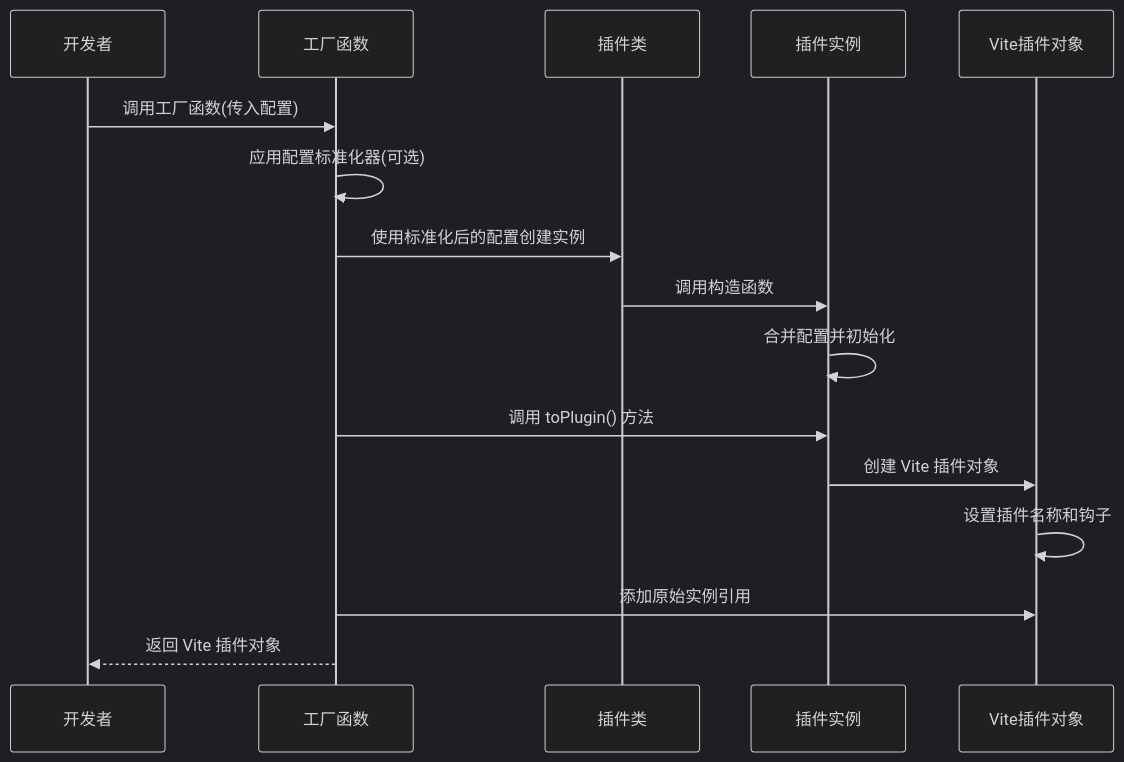
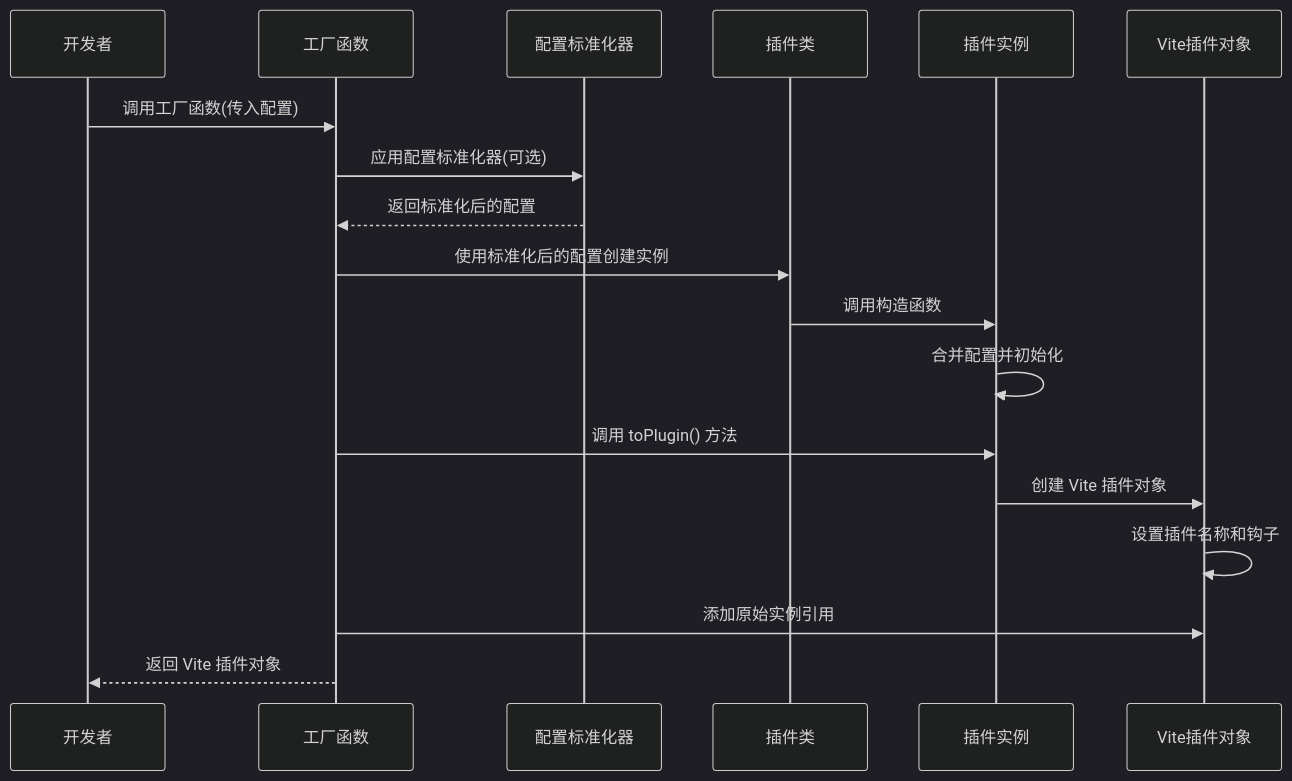
The second of 6 diagrams in .qoder/repowiki/zh/content/插件开发/插件工厂系统.md (MengXi-Studio/vite-plugin), drawn with Mermaid (dark theme) before and after one commit. The commit also changed other lines of this file and 5 other files, not shown here.

````diff
--- a/.qoder/repowiki/zh/content/插件开发/插件工厂系统.md
+++ b/.qoder/repowiki/zh/content/插件开发/插件工厂系统.md
@@ -91,18 +101,20 @@
 ```mermaid
 sequenceDiagram
 participant User as 开发者
 participant Factory as 工厂函数
+participant Normalizer as 配置标准化器
 participant PluginClass as 插件类
 participant Instance as 插件实例
 participant VitePlugin as Vite插件对象
 User->>Factory : 调用工厂函数(传入配置)
-Factory->>Factory : 应用配置标准化器(可选)
+Factory->>Normalizer : 应用配置标准化器(可选)
+Normalizer-->>Factory : 返回标准化后的配置
 Factory->>PluginClass : 使用标准化后的配置创建实例
 PluginClass->>Instance : 调用构造函数
 Instance->>Instance : 合并配置并初始化
 Factory->>Instance : 调用 toPlugin() 方法
 Instance->>VitePlugin : 创建 Vite 插件对象
 VitePlugin->>VitePlugin : 设置插件名称和钩子
 Factory->>VitePlugin : 添加原始实例引用
 Factory-->>User : 返回 Vite 插件对象
 ```
````
